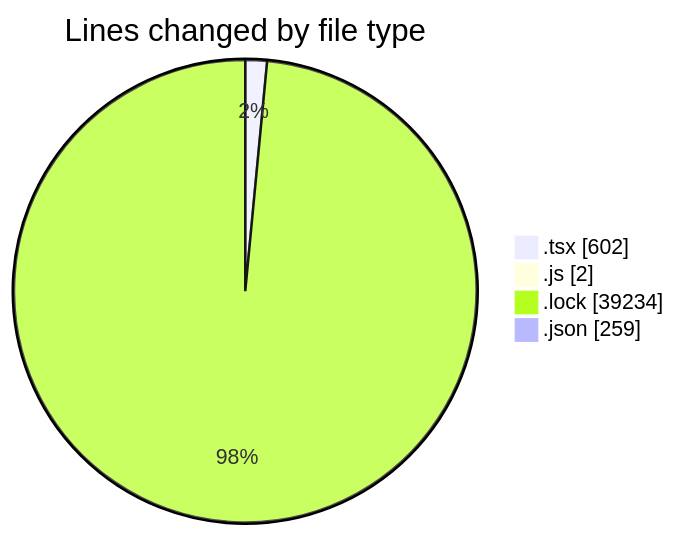
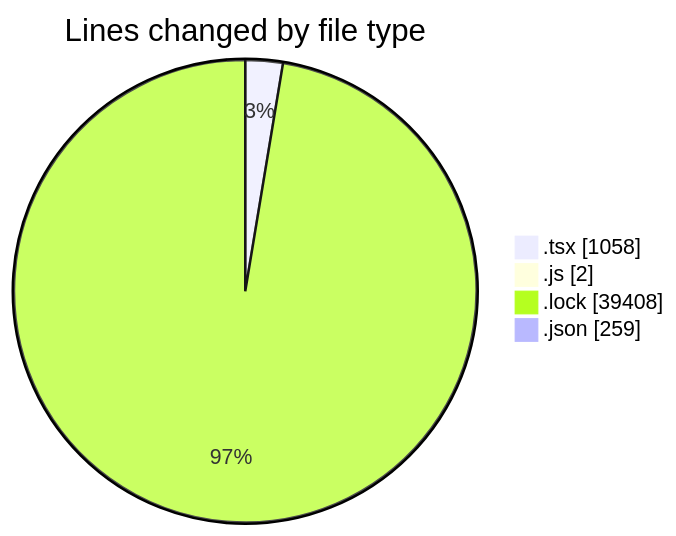
Before and after one commit to momahboobian/code-tracking: the first of 2 diagrams in 2026-05-15/cda/README.md, drawn with Mermaid. The commit also changed other lines of this file and 1 other file, not shown here.

````diff
--- a/2026-05-15/cda/README.md
+++ b/2026-05-15/cda/README.md
@@ -29,8 +31,8 @@
 ```mermaid
 pie showData
 title Lines changed by file type
-".tsx" : 602
+".tsx" : 1058
 ".js" : 2
-".lock" : 39234
+".lock" : 39408
 ".json" : 259
 ```
````
